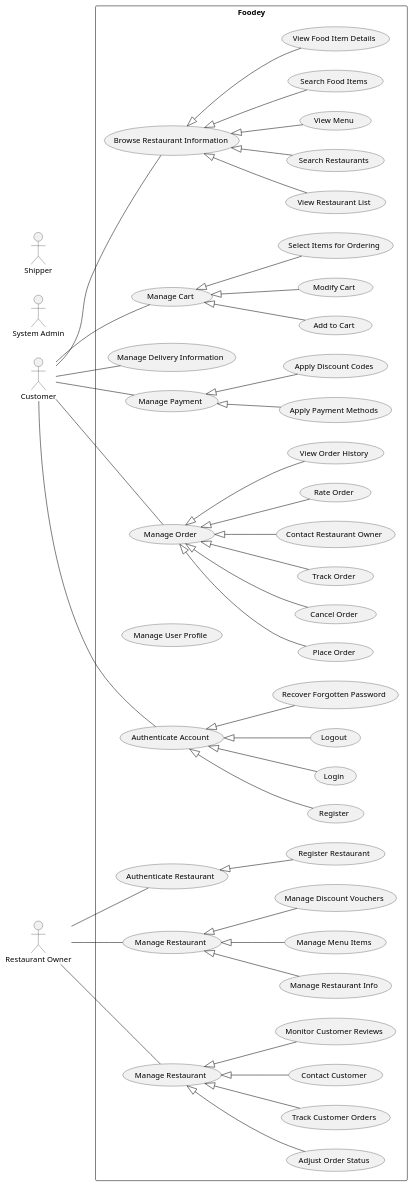
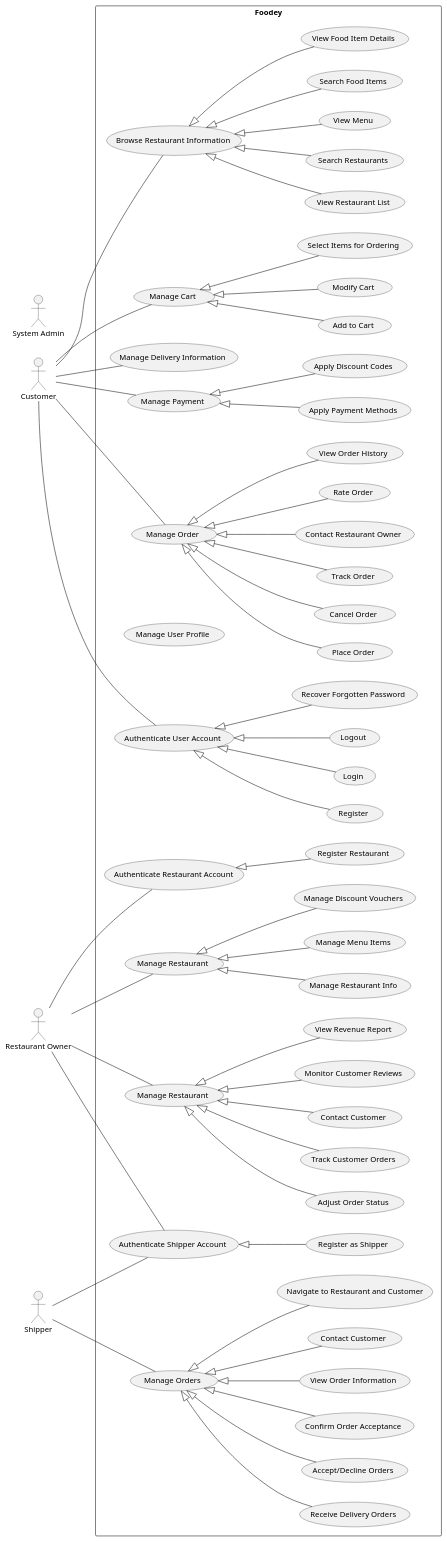
Before and after one commit to ledoantantri/SE357-Pratice-class: the diagram in Lab 1/Lab 1.2/Source code/usecase.wsd, drawn with PlantUML.

Commit message:
Add Shipper UC

```diff
--- a/Lab 1/Lab 1.2/Source code/usecase.wsd
+++ b/Lab 1/Lab 1.2/Source code/usecase.wsd
@@ -1,112 +1,147 @@
 @startuml Foodey_usecase
 
 left to right direction
 
 actor "Customer" as Cm
 actor "System Admin" as SA
 actor "Restaurant Owner" as RO
 actor "Shipper" as Shp
 
 rectangle Foodey{
     /'Customer'/
     'UC_G01
     usecase "Browse Restaurant Information" as UC_G01
     usecase "View Restaurant List" as UC01
     usecase "Search Restaurants" as UC02
     usecase "View Menu" as UC03
     usecase "Search Food Items" as UC04
     usecase "View Food Item Details" as UC05
     UC_G01 <|-- UC01
     UC_G01 <|-- UC02
     UC_G01 <|-- UC03
     UC_G01 <|-- UC04
     UC_G01 <|-- UC05
 
     'UC_G02
     usecase "Manage Cart" as UC_G02
     usecase "Add to Cart" as UC06
     usecase "Modify Cart" as UC07
     usecase "Select Items for Ordering" as UC08
     UC_G02 <|-- UC06
     UC_G02 <|-- UC07
     UC_G02 <|-- UC08
 
     usecase "Manage Delivery Information" as UC09
     
     'UC_G03
     usecase "Manage Payment" as UC_G03
     usecase "Apply Payment Methods" as UC10
     usecase "Apply Discount Codes" as UC11
     UC_G03 <|-- UC10
     UC_G03 <|-- UC11
     
     'UC_G04
     usecase "Manage Order" as UC_G04
     usecase "Place Order" as UC12
     usecase "Cancel Order" as UC13
     usecase "Track Order" as UC14
     usecase "Contact Restaurant Owner" as UC15
     usecase "Rate Order" as UC16
     usecase "View Order History" as UC17
     UC_G04 <|-- UC12
     UC_G04 <|-- UC13
     UC_G04 <|-- UC14
     UC_G04 <|-- UC15
     UC_G04 <|-- UC16
     UC_G04 <|-- UC17
 
     'UC_G05
     usecase "Manage User Profile" as UC_G05
     
     'UC_G06
-    usecase "Authenticate Account" as UC_G06
+    usecase "Authenticate User Account" as UC_G06
     usecase "Register" as UC20
     usecase "Login" as UC21
     usecase "Logout" as UC22
     usecase "Recover Forgotten Password" as UC23
     UC_G06 <|-- UC20
     UC_G06 <|-- UC21
     UC_G06 <|-- UC22
     UC_G06 <|-- UC23
 
     /'Restaurant Owner'/
     'UC_G07
-    usecase "Authenticate Restaurant" as UC_G07
+    usecase "Authenticate Restaurant Account" as UC_G07
     usecase "Register Restaurant" as UC24
     UC_G07 <|-- UC24
 
     'UC_G08
     usecase "Manage Restaurant" as UC_G08
     usecase "Manage Restaurant Info" as UC26
     usecase "Manage Menu Items" as UC27
     usecase "Manage Discount Vouchers" as UC28
     UC_G08 <|-- UC26
     UC_G08 <|-- UC27
     UC_G08 <|-- UC28
 
     'UC_G09
     usecase "Manage Restaurant" as UC_G09
-    usecase "Adjust Order Status" as UC29
-    usecase "Track Customer Orders" as UC30
-    usecase "Contact Customer" as UC31
-    usecase "Monitor Customer Reviews" as UC32
-    UC_G09 <|-- UC29
+    usecase "Adjust Order Status" as UC30
+    usecase "Track Customer Orders" as UC31
+    usecase "Contact Customer" as UC32
+    usecase "Monitor Customer Reviews" as UC33
+    usecase "View Revenue Report" as UC34
     UC_G09 <|-- UC30
     UC_G09 <|-- UC31
     UC_G09 <|-- UC32
+    UC_G09 <|-- UC33
+    UC_G09 <|-- UC34
+
+    /'Shipper'/
+    'UC_G10
+    usecase "Authenticate Shipper Account" as UC_G10
+    usecase "Register as Shipper" as UC36
+    UC_G10 <|-- UC36
+
+    'UC_G11
+    usecase "Manage Orders" as UC_G11
+    usecase "Receive Delivery Orders" as UC37
+    usecase "Accept/Decline Orders" as UC38
+    usecase "Confirm Order Acceptance" as UC39
+    usecase "View Order Information" as UC40
+    usecase "Contact Customer" as UC41
+    usecase "Navigate to Restaurant and Customer" as UC42
+    UC_G11 <|-- UC37
+    UC_G11 <|-- UC38
+    UC_G11 <|-- UC39
+    UC_G11 <|-- UC40
+    UC_G11 <|-- UC41
+    UC_G11 <|-- UC42
+
+    /'System Admin'/
+
 }   
 
 /'Cm usecases'/
 Cm -- UC_G01
 Cm -- UC_G02
 Cm -- UC09
 Cm -- UC_G03
 Cm -- UC_G04
 Cm -- UC_G06
 
 /'RO usecases'/
 RO -- UC_G07
 RO -- UC_G08
 RO -- UC_G09
+RO -- UC_G10
+
+/'Shp usecases'/
+Shp -- UC_G10
+Shp -- UC_G11
+
+/'SA usecases'/
+
+
 
 @enduml
```
